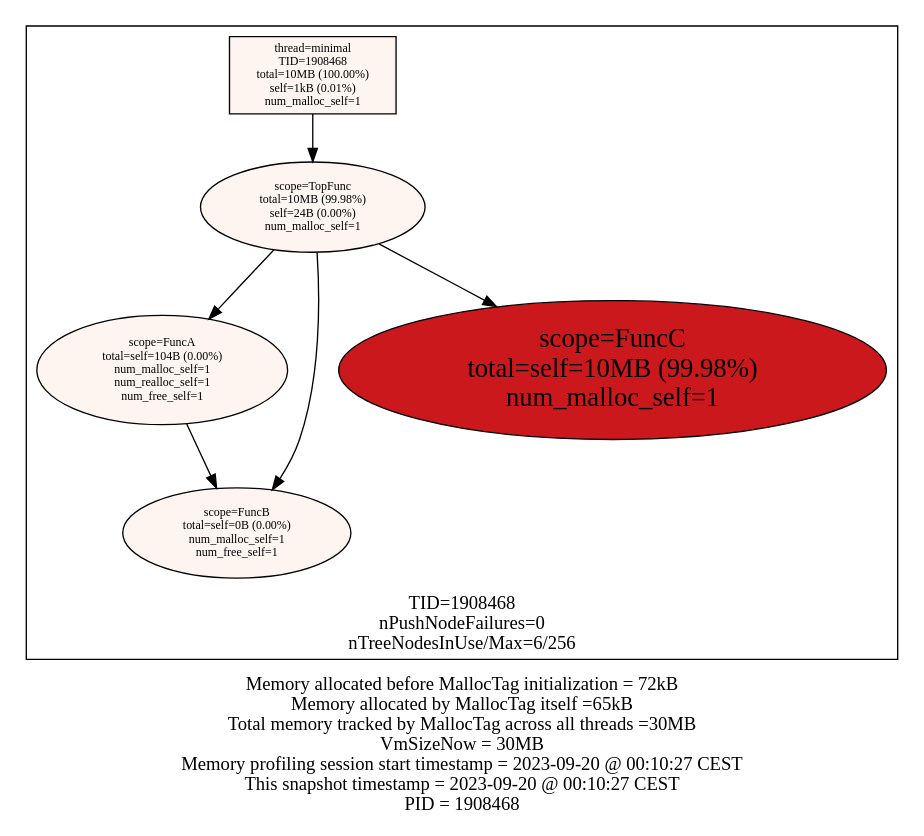
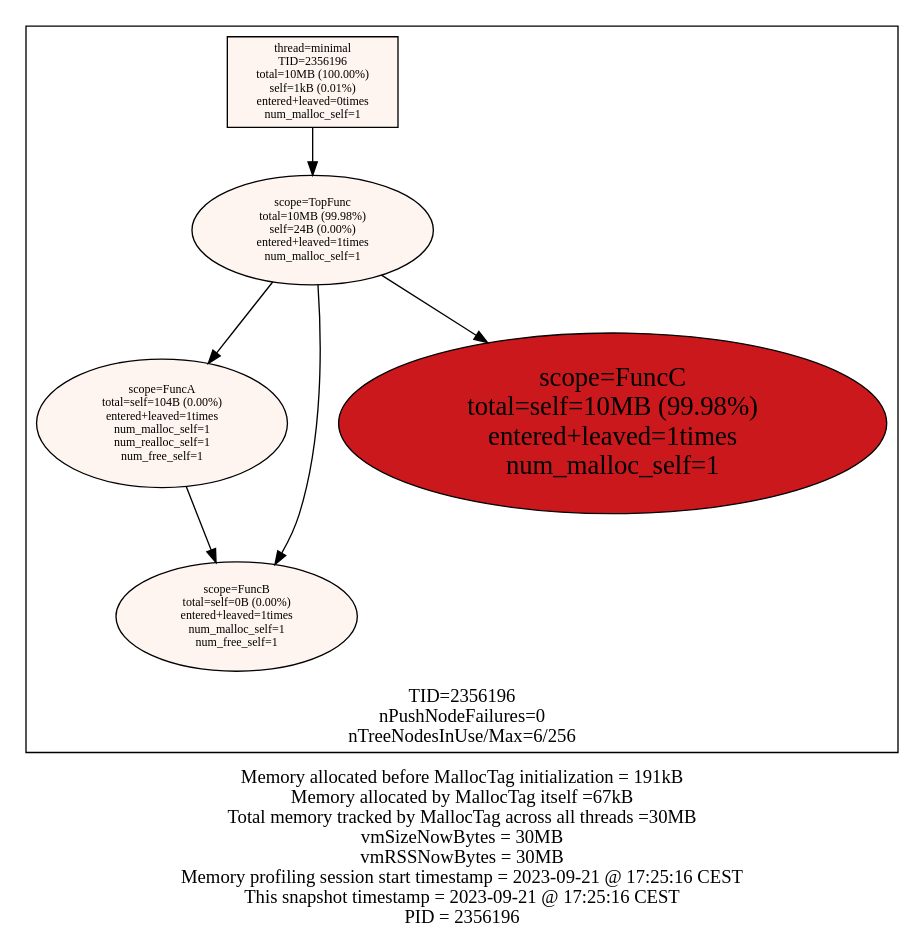
The diagram in examples/minimal/minimal_stats.dot (f18m/malloc-tag), drawn with Graphviz before and after one commit. The commit also changed 12 other files, not shown here.

```diff
--- a/examples/minimal/minimal_stats.dot
+++ b/examples/minimal/minimal_stats.dot
@@ -1,22 +1,22 @@
 digraph MallocTree {
  node [colorscheme=reds9 style=filled]
- subgraph cluster_TID1908468 {
+ subgraph cluster_TID2356196 {
   node [colorscheme=reds9 style=filled]
   labelloc="b"
-  label="TID=1908468\nnPushNodeFailures=0\nnTreeNodesInUse/Max=6/256\n"
-  "1908468_minimal" [label="thread=minimal\nTID=1908468\ntotal=10MB (100.00%)\nself=1kB (0.01%)\nnum_malloc_self=1" shape=box fillcolor=1 fontsize=9]
-  "1908468_minimal" -> "1908468_TopFunc"
-  "1908468_TopFunc" [label="scope=TopFunc\ntotal=10MB (99.98%)\nself=24B (0.00%)\nnum_malloc_self=1" fillcolor=1 fontsize=9]
-  "1908468_TopFunc" -> "1908468_FuncA"
-  "1908468_TopFunc" -> "1908468_FuncB"
-  "1908468_TopFunc" -> "1908468_FuncC"
-  "1908468_FuncA" [label="scope=FuncA\ntotal=self=104B (0.00%)\nnum_malloc_self=1\nnum_realloc_self=1\nnum_free_self=1" fillcolor=1 fontsize=9]
-  "1908468_FuncA" -> "1908468_FuncB"
-  "1908468_FuncB" [label="scope=FuncB\ntotal=self=0B (0.00%)\nnum_malloc_self=1\nnum_free_self=1" fillcolor=1 fontsize=9]
-  "1908468_FuncB" [label="scope=FuncB\ntotal=self=0B (0.00%)\nnum_malloc_self=1\nnum_free_self=1" fillcolor=1 fontsize=9]
-  "1908468_FuncC" [label="scope=FuncC\ntotal=self=10MB (99.98%)\nnum_malloc_self=1" fillcolor=7 fontsize=20]
+  label="TID=2356196\nnPushNodeFailures=0\nnTreeNodesInUse/Max=6/256\n"
+  "2356196_minimal" [label="thread=minimal\nTID=2356196\ntotal=10MB (100.00%)\nself=1kB (0.01%)\nentered+leaved=0times\nnum_malloc_self=1" shape=box fillcolor=1 fontsize=9]
+  "2356196_minimal" -> "2356196_TopFunc"
+  "2356196_TopFunc" [label="scope=TopFunc\ntotal=10MB (99.98%)\nself=24B (0.00%)\nentered+leaved=1times\nnum_malloc_self=1" fillcolor=1 fontsize=9]
+  "2356196_TopFunc" -> "2356196_FuncA"
+  "2356196_TopFunc" -> "2356196_FuncB"
+  "2356196_TopFunc" -> "2356196_FuncC"
+  "2356196_FuncA" [label="scope=FuncA\ntotal=self=104B (0.00%)\nentered+leaved=1times\nnum_malloc_self=1\nnum_realloc_self=1\nnum_free_self=1" fillcolor=1 fontsize=9]
+  "2356196_FuncA" -> "2356196_FuncB"
+  "2356196_FuncB" [label="scope=FuncB\ntotal=self=0B (0.00%)\nentered+leaved=1times\nnum_malloc_self=1\nnum_free_self=1" fillcolor=1 fontsize=9]
+  "2356196_FuncB" [label="scope=FuncB\ntotal=self=0B (0.00%)\nentered+leaved=1times\nnum_malloc_self=1\nnum_free_self=1" fillcolor=1 fontsize=9]
+  "2356196_FuncC" [label="scope=FuncC\ntotal=self=10MB (99.98%)\nentered+leaved=1times\nnum_malloc_self=1" fillcolor=7 fontsize=20]
  }
 
  labelloc="b"
- label="Memory allocated before MallocTag initialization = 72kB\nMemory allocated by MallocTag itself =65kB\nTotal memory tracked by MallocTag across all threads =30MB\nVmSizeNow = 30MB\nMemory profiling session start timestamp = 2023-09-20 @ 00:10:27 CEST\nThis snapshot timestamp = 2023-09-20 @ 00:10:27 CEST\nPID = 1908468\n"
+ label="Memory allocated before MallocTag initialization = 191kB\nMemory allocated by MallocTag itself =67kB\nTotal memory tracked by MallocTag across all threads =30MB\nvmSizeNowBytes = 30MB\nvmRSSNowBytes = 30MB\nMemory profiling session start timestamp = 2023-09-21 @ 17:25:16 CEST\nThis snapshot timestamp = 2023-09-21 @ 17:25:16 CEST\nPID = 2356196\n"
 }
```
